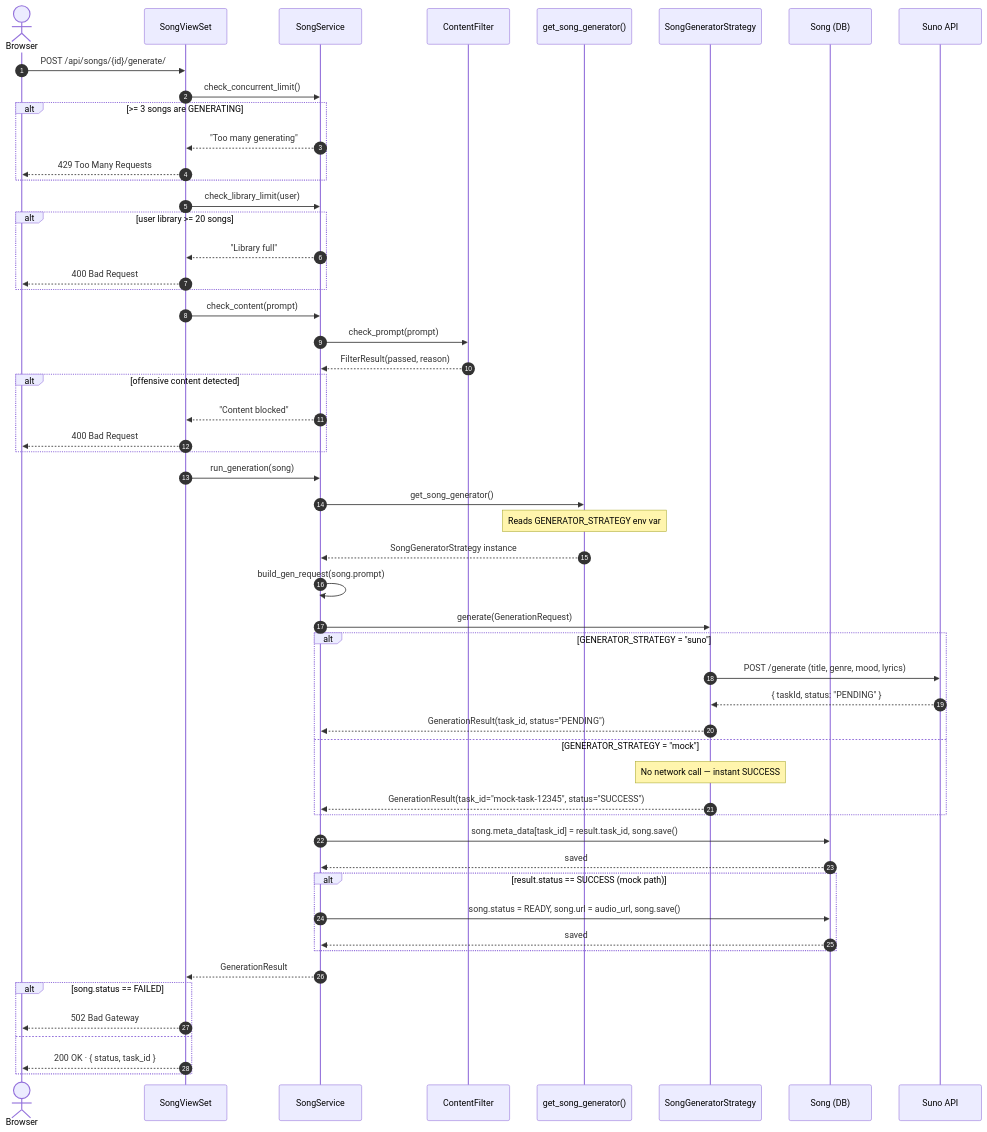
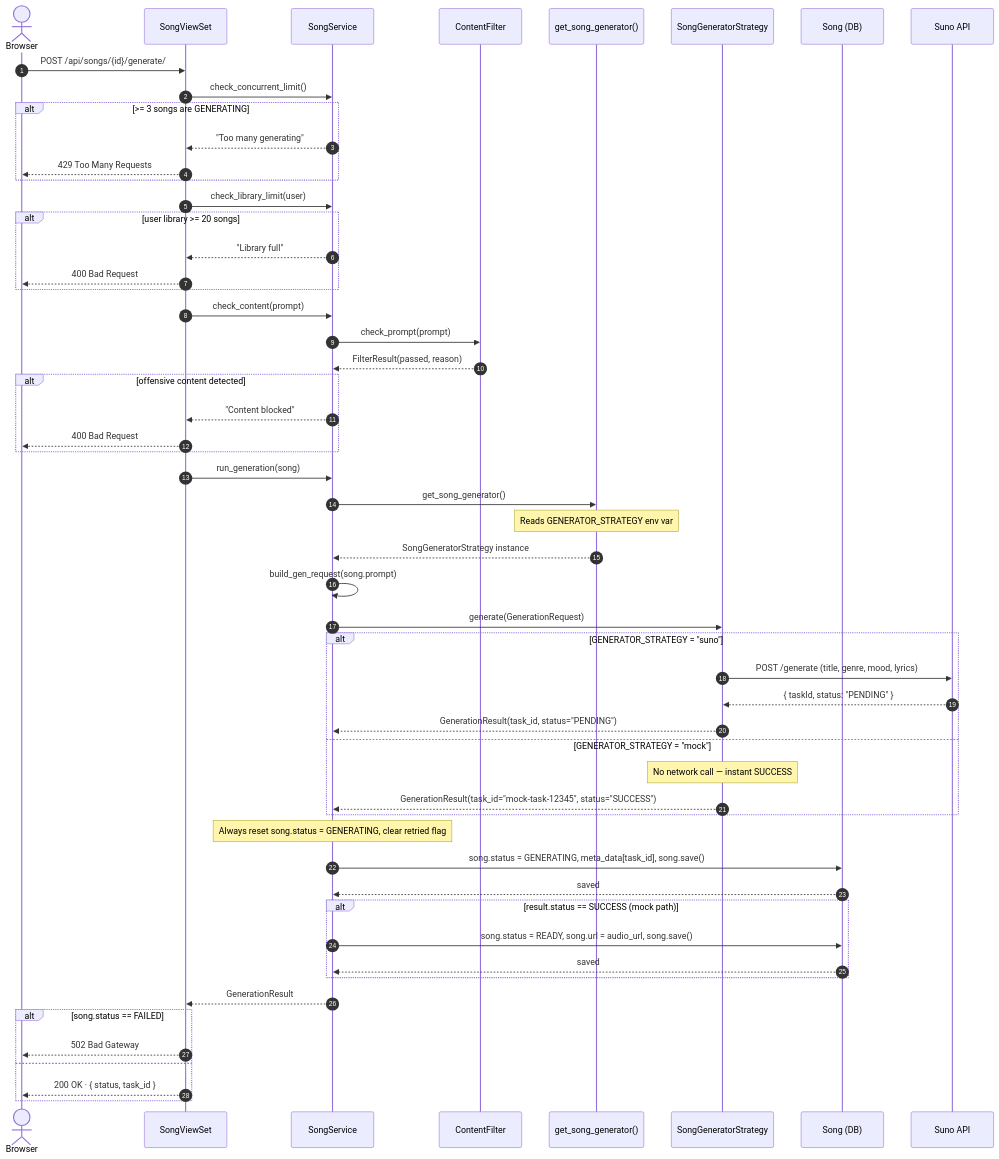
Before and after one commit to LylatierN/Cithara: the third of 4 diagrams in README.md, drawn with Mermaid. The commit also changed other lines of this file and 10 other files, not shown here.

````diff
--- a/README.md
+++ b/README.md
@@ -387,66 +462,67 @@
 ```mermaid
 sequenceDiagram
     autonumber
     actor Browser
     participant View as SongViewSet
     participant Service as SongService
     participant Filter as ContentFilter
     participant Factory as get_song_generator()
     participant Strategy as SongGeneratorStrategy
     participant DB as Song (DB)
     participant Suno as Suno API
 
     Browser->>View: POST /api/songs/{id}/generate/
 
     View->>Service: check_concurrent_limit()
     alt >= 3 songs are GENERATING
         Service-->>View: "Too many generating"
         View-->>Browser: 429 Too Many Requests
     end
 
     View->>Service: check_library_limit(user)
     alt user library >= 20 songs
         Service-->>View: "Library full"
         View-->>Browser: 400 Bad Request
     end
 
     View->>Service: check_content(prompt)
     Service->>Filter: check_prompt(prompt)
     Filter-->>Service: FilterResult(passed, reason)
     alt offensive content detected
         Service-->>View: "Content blocked"
         View-->>Browser: 400 Bad Request
     end
 
     View->>Service: run_generation(song)
     Service->>Factory: get_song_generator()
     Note over Factory: Reads GENERATOR_STRATEGY env var
     Factory-->>Service: SongGeneratorStrategy instance
     Service->>Service: build_gen_request(song.prompt)
     Service->>Strategy: generate(GenerationRequest)
 
     alt GENERATOR_STRATEGY = "suno"
         Strategy->>Suno: POST /generate (title, genre, mood, lyrics)
         Suno-->>Strategy: { taskId, status: "PENDING" }
         Strategy-->>Service: GenerationResult(task_id, status="PENDING")
     else GENERATOR_STRATEGY = "mock"
         Note over Strategy: No network call — instant SUCCESS
         Strategy-->>Service: GenerationResult(task_id="mock-task-12345", status="SUCCESS")
     end
 
-    Service->>DB: song.meta_data[task_id] = result.task_id, song.save()
+    Note over Service: Always reset song.status = GENERATING, clear retried flag
+    Service->>DB: song.status = GENERATING, meta_data[task_id], song.save()
     DB-->>Service: saved
 
     alt result.status == SUCCESS (mock path)
         Service->>DB: song.status = READY, song.url = audio_url, song.save()
         DB-->>Service: saved
     end
 
     Service-->>View: GenerationResult
 
     alt song.status == FAILED
         View-->>Browser: 502 Bad Gateway
     else
         View-->>Browser: 200 OK · { status, task_id }
     end
 ```
````
